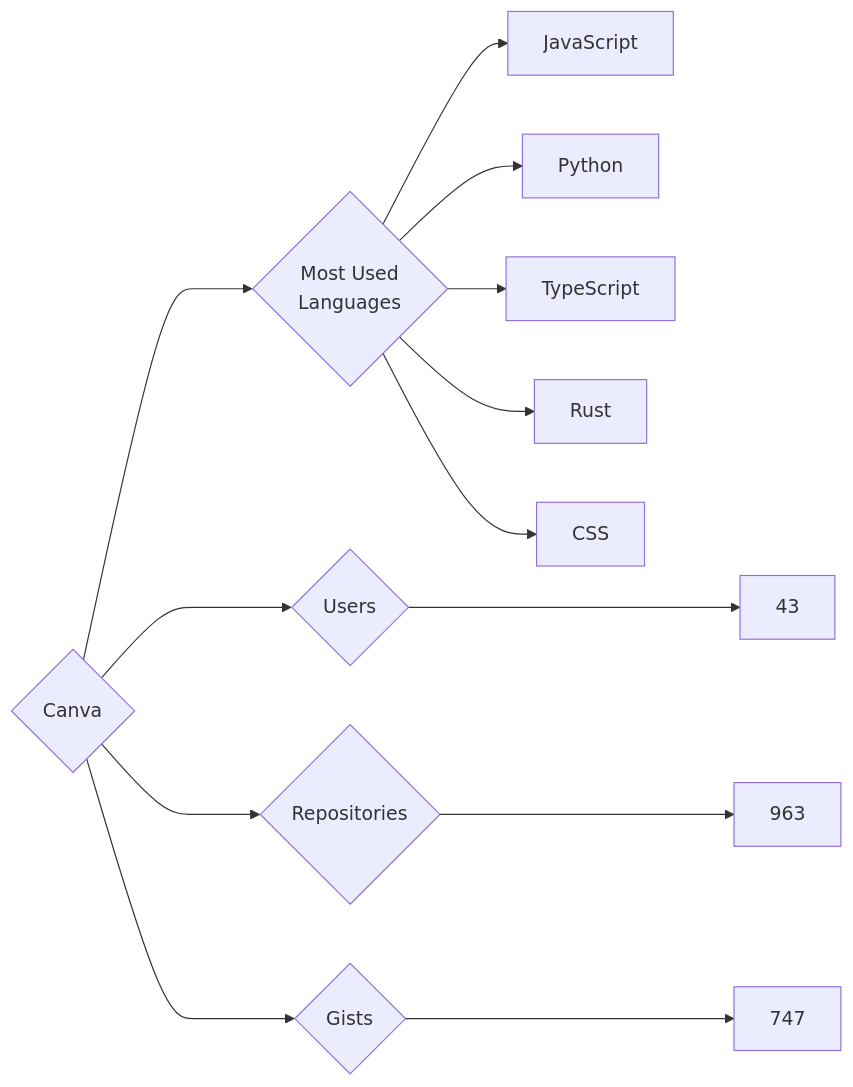
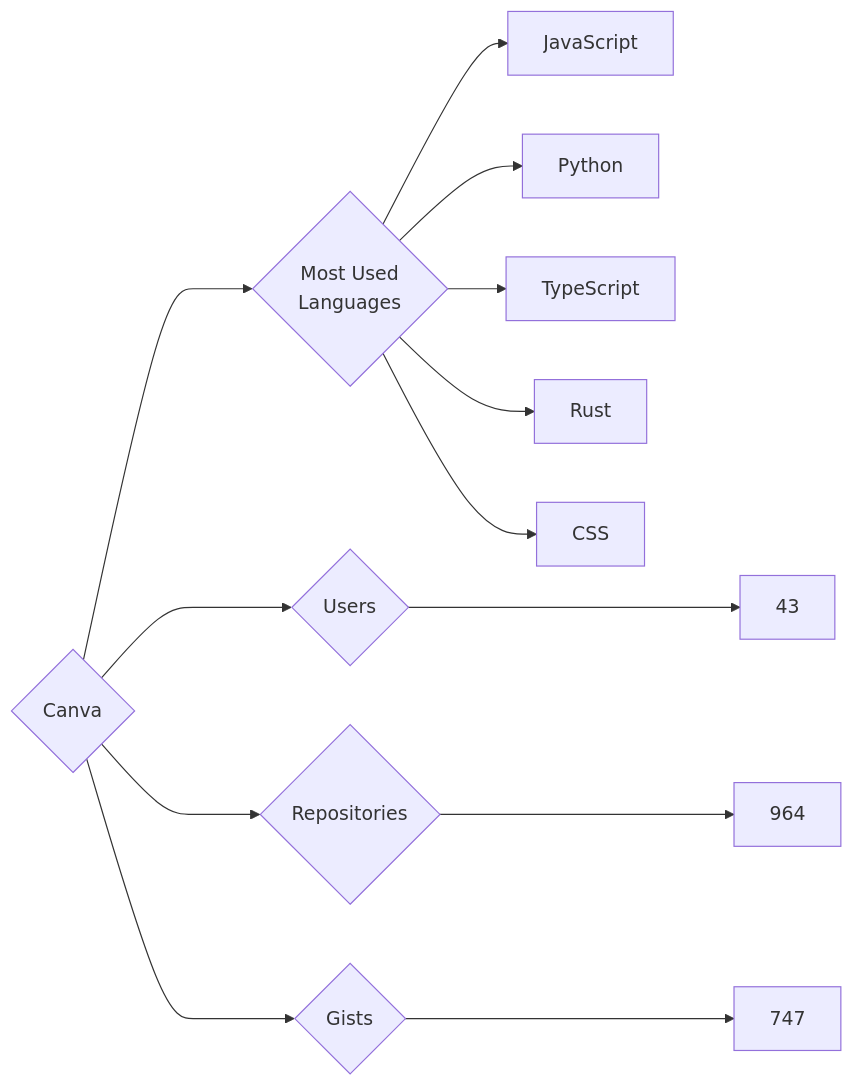
Before and after one commit to trickest/insiders: the diagram in targets/Canva/README.md, drawn with Mermaid. The commit also changed 714 other files, not shown here.

````diff
--- a/targets/Canva/README.md
+++ b/targets/Canva/README.md
@@ -3,13 +3,13 @@
 ```mermaid
 graph LR
 COMPANY_NAME{Canva}
 COMPANY_NAME ---> U{Users} ---> UN[43]
-COMPANY_NAME ---> R{Repositories} ---> RN[963]
+COMPANY_NAME ---> R{Repositories} ---> RN[964]
 COMPANY_NAME ---> G{Gists} ---> GN[747]
 COMPANY_NAME ---> ML{Most Used<br>Languages}
 ML --> JavaScript[JavaScript]
 ML --> Python[Python]
 ML --> TypeScript[TypeScript]
 ML --> Rust[Rust]
 ML --> CSS[CSS]
 ```
````
